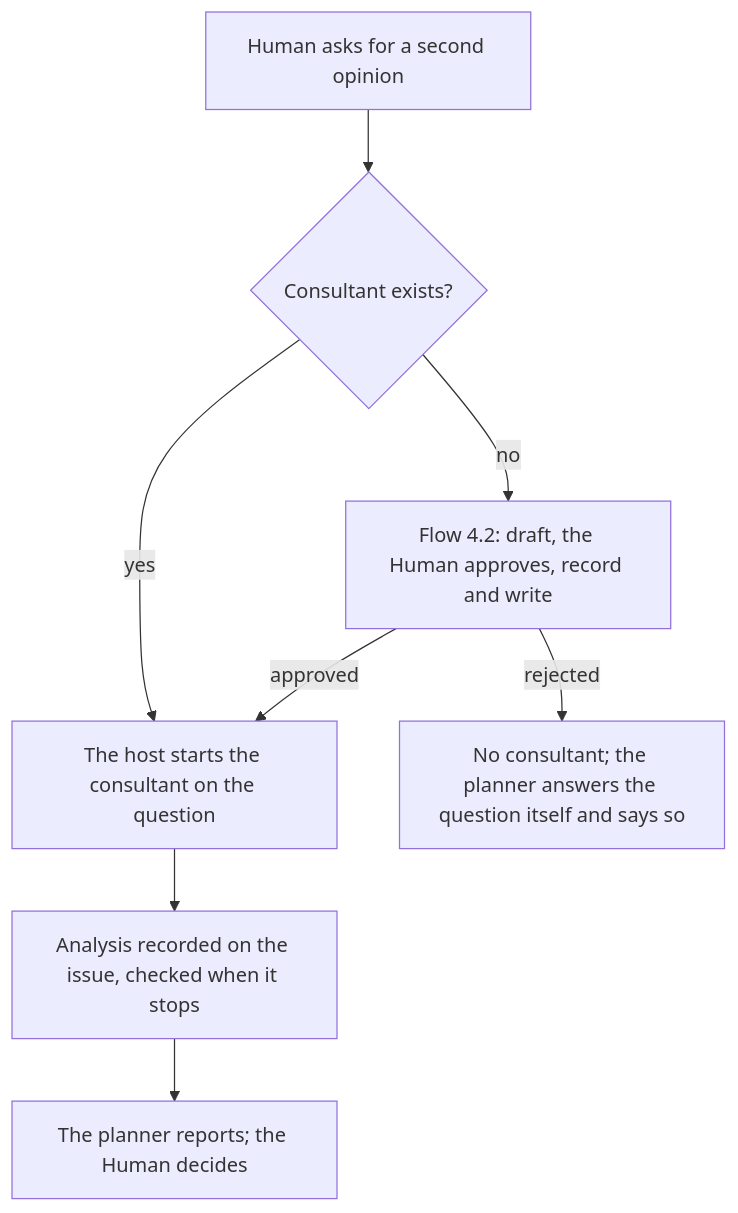
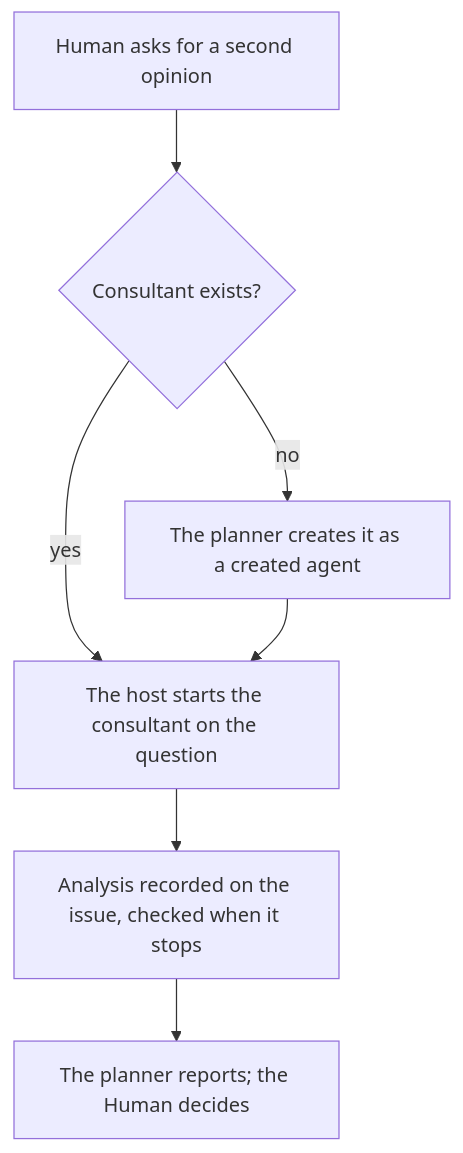
The seventh of 7 diagrams in docs/flows/4_EXTENDING.md (trustmybot/tmb), drawn with Mermaid before and after one commit. The commit also changed other lines of this file and 72 other files, not shown here.

First line of the commit message:
✨ feat: roles as data, a narrow Human, signed planner closes (#505)

````diff
--- a/docs/flows/4_EXTENDING.md
+++ b/docs/flows/4_EXTENDING.md
@@ -247,10 +234,9 @@
 ```mermaid
 flowchart TD
     A["Human asks for a second opinion"] --> C{"Consultant exists?"}
     C -- yes --> S["The host starts the consultant on the question"]
-    C -- no --> F["Flow 4.2: draft, the Human approves, record and write"]
-    F -- approved --> S
-    F -- rejected --> Z["No consultant; the planner answers the question itself and says so"]
+    C -- no --> F["The planner creates it as a created agent"]
+    F --> S
     S --> R["Analysis recorded on the issue, checked when it stops"]
     R --> B["The planner reports; the Human decides"]
 ```
````
